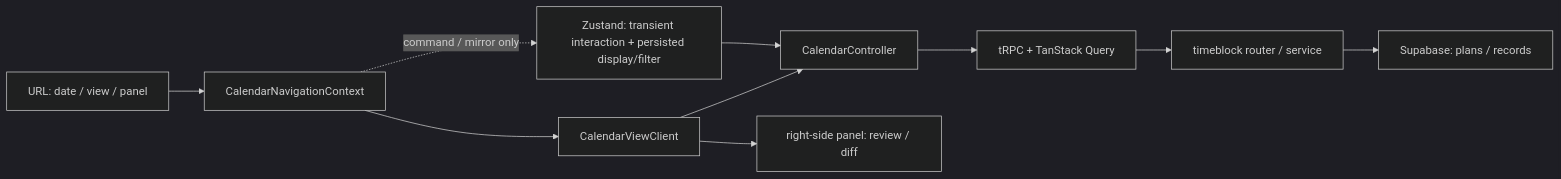
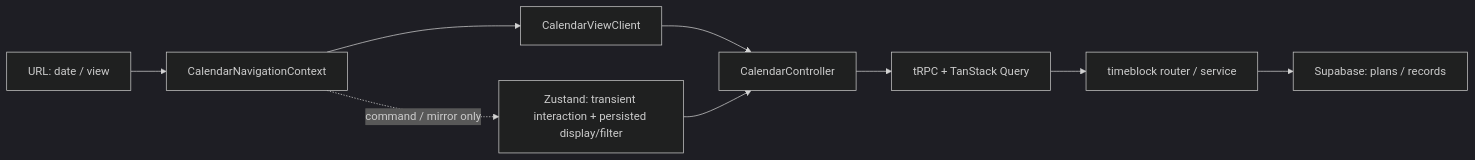
One commit to Dayopt/dayopt changed the fourth of 6 diagrams in docs/engineering/architecture.md. Above: the diagram before and after it, drawn with Mermaid (dark theme). The commit also changed other lines of this file and 10 other files, not shown here.

````diff
--- a/docs/engineering/architecture.md
+++ b/docs/engineering/architecture.md
@@ -215,12 +205,11 @@
 ```mermaid
 flowchart LR
-    URL["URL: date / view / panel"] --> NAV["CalendarNavigationContext"]
+    URL["URL: date / view"] --> NAV["CalendarNavigationContext"]
     NAV --> CLIENT["CalendarViewClient"]
     CLIENT --> CTRL["CalendarController"]
-    CLIENT --> PANEL["right-side panel: review / diff"]
     CTRL --> QUERY["tRPC + TanStack Query"]
     QUERY --> SERVICE["timeblock router / service"]
     SERVICE --> DB["Supabase: plans / records"]
     ZS["Zustand: transient interaction + persisted display/filter"] --> CTRL
     NAV -.->|"command / mirror only"| ZS
 ```
````
